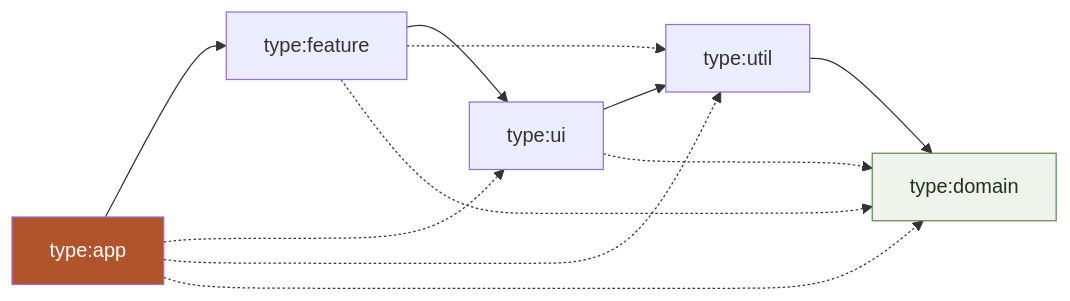
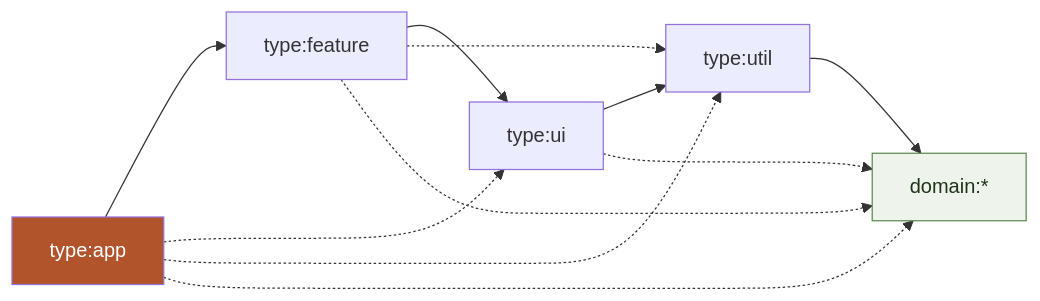
The second of 3 diagrams in README.md (przemeknowak781/nxGenerator), drawn with Mermaid before and after one commit. The commit also changed other lines of this file and 32 other files, not shown here.

First line of the commit message:
refactor: move generator to tools/, replace type:domain with domain:<product>

````diff
--- a/README.md
+++ b/README.md
@@ -79,10 +79,10 @@
 ```mermaid
 flowchart LR
-    app["type:app"] --> feature["type:feature"] --> ui["type:ui"] --> util["type:util"] --> domain["type:domain"]
+    app["type:app"] --> feature["type:feature"] --> ui["type:ui"] --> util["type:util"] --> domain["domain:*"]
     app -.-> ui & util & domain
     feature -.-> util & domain
     ui -.-> domain
 
     style app fill:#b2542b,color:#fff
     style domain fill:#eef3ec,stroke:#5e8a52,color:#20331a
 ```
````
